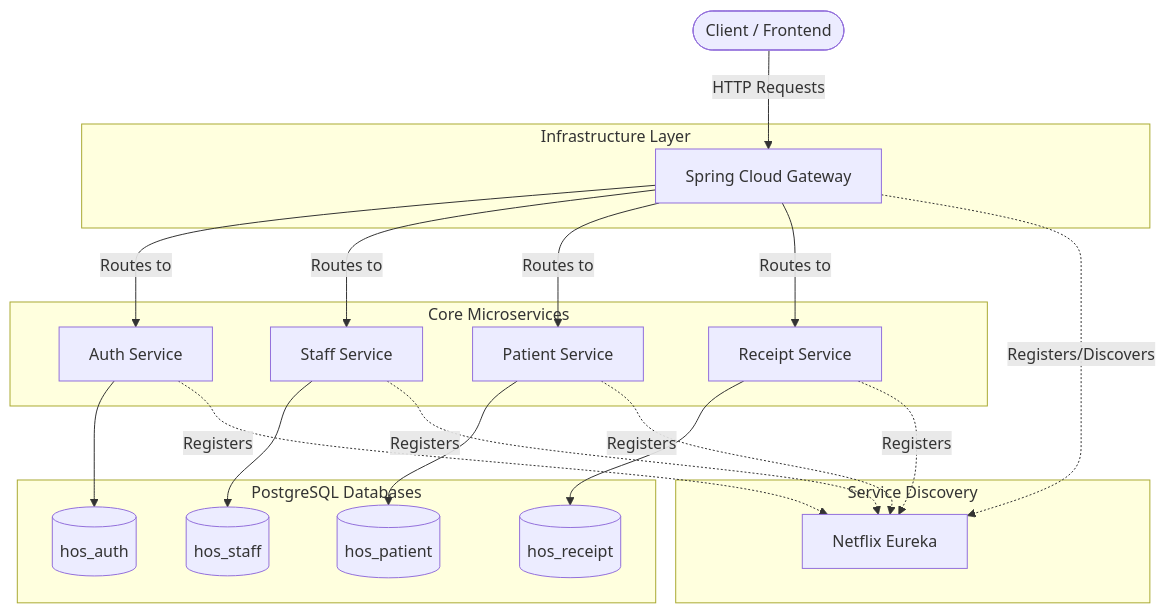
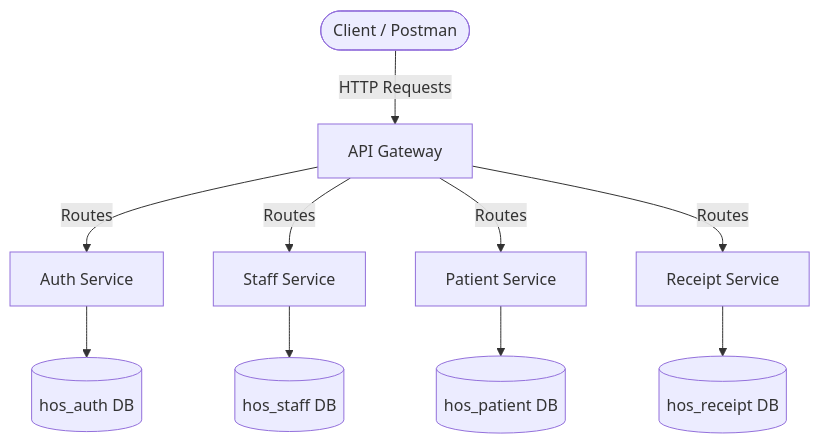
One commit to AbhineeT-D7/Hospital-Management-System changed the diagram in README.md. Above: the diagram before and after it, drawn with Mermaid. The commit also changed other lines of this file, not shown here.

````diff
--- a/README.md
+++ b/README.md
@@ -16,42 +16,14 @@
 ```mermaid
 graph TD
-    Client([Client / Frontend]) -->|HTTP Requests| API_Gateway
+    Client([Client / Postman]) -->|HTTP Requests| API_Gateway
 
-    subgraph Service Discovery
-        Eureka[Netflix Eureka]
-    end
+    API_Gateway[API Gateway] -->|Routes| AuthService[Auth Service]
+    API_Gateway -->|Routes| StaffService[Staff Service]
+    API_Gateway -->|Routes| PatientService[Patient Service]
+    API_Gateway -->|Routes| ReceiptService[Receipt Service]
 
-    subgraph Infrastructure Layer
-        API_Gateway[Spring Cloud Gateway]
-    end
-
-    subgraph Core Microservices
-        AuthService[Auth Service]
-        StaffService[Staff Service]
-        PatientService[Patient Service]
-        ReceiptService[Receipt Service]
-    end
-
-    subgraph PostgreSQL Databases
-        DB_Auth[(hos_auth)]
-        DB_Staff[(hos_staff)]
-        DB_Patient[(hos_patient)]
-        DB_Receipt[(hos_receipt)]
-    end
-
-    API_Gateway -->|Routes to| AuthService
-    API_Gateway -->|Routes to| StaffService
-    API_Gateway -->|Routes to| PatientService
-    API_Gateway -->|Routes to| ReceiptService
-
-    AuthService --> DB_Auth
-    StaffService --> DB_Staff
-    PatientService --> DB_Patient
-    ReceiptService --> DB_Receipt
-
-    API_Gateway -.->|Registers/Discovers| Eureka
-    AuthService -.->|Registers| Eureka
-    StaffService -.->|Registers| Eureka
-    PatientService -.->|Registers| Eureka
-    ReceiptService -.->|Registers| Eureka
+    AuthService --> DB_Auth[(hos_auth DB)]
+    StaffService --> DB_Staff[(hos_staff DB)]
+    PatientService --> DB_Patient[(hos_patient DB)]
+    ReceiptService --> DB_Receipt[(hos_receipt DB)]
 ```
````
